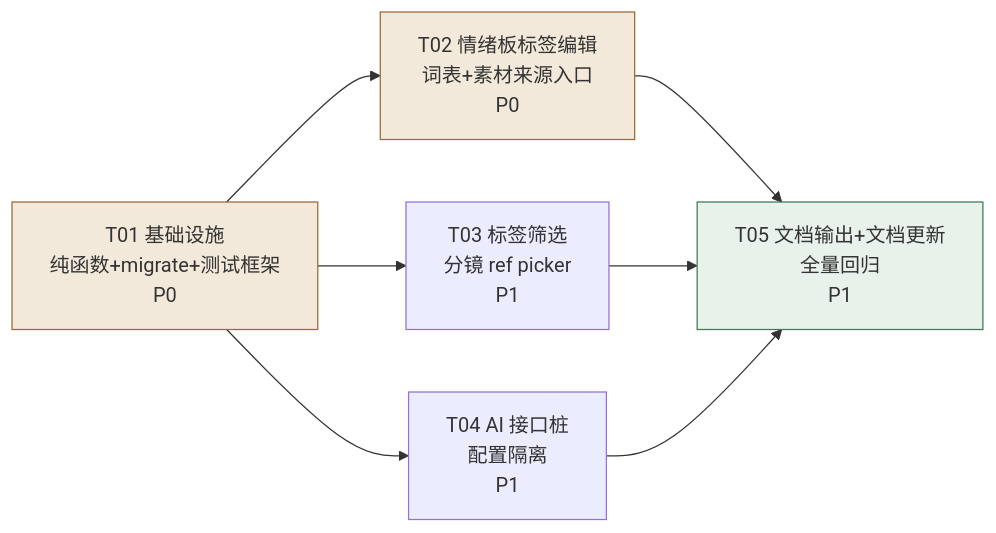
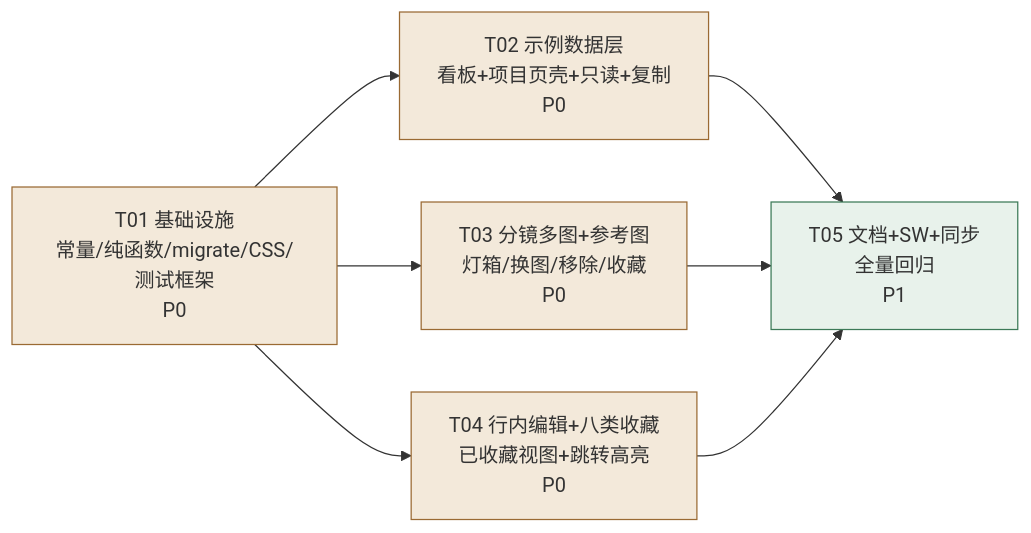
The third of 3 diagrams in docs/system_design.md (NopantsNobra/shotflow-planner), drawn with Mermaid before and after one commit. The commit also changed other lines of this file and 9 other files, not shown here.

Commit message:
feat: Stillmark v9 收藏/只读示例/多图与行内编辑

````diff
--- a/docs/system_design.md
+++ b/docs/system_design.md
@@ -558,12 +648,14 @@
 ```mermaid
 graph LR
-    T01["T01 基础设施<br/>纯函数+migrate+测试框架<br/>P0"] --> T02["T02 情绪板标签编辑<br/>词表+素材来源入口<br/>P0"]
-    T01 --> T03["T03 标签筛选<br/>分镜 ref picker<br/>P1"]
-    T01 --> T04["T04 AI 接口桩<br/>配置隔离<br/>P1"]
-    T02 --> T05["T05 文档输出+文档更新<br/>全量回归<br/>P1"]
+    T01["T01 基础设施<br/>常量/纯函数/migrate/CSS/测试框架<br/>P0"] --> T02["T02 示例数据层<br/>看板+项目页壳+只读+复制<br/>P0"]
+    T01 --> T03["T03 分镜多图+参考图<br/>灯箱/换图/移除/收藏<br/>P0"]
+    T01 --> T04["T04 行内编辑+八类收藏<br/>已收藏视图+跳转高亮<br/>P0"]
+    T02 --> T05["T05 文档+SW+同步<br/>全量回归<br/>P1"]
     T03 --> T05
     T04 --> T05
     style T01 fill:#f3e9da,stroke:#9a6a33
     style T02 fill:#f3e9da,stroke:#9a6a33
+    style T03 fill:#f3e9da,stroke:#9a6a33
+    style T04 fill:#f3e9da,stroke:#9a6a33
     style T05 fill:#e8f2eb,stroke:#3c7a57
 ```
````
